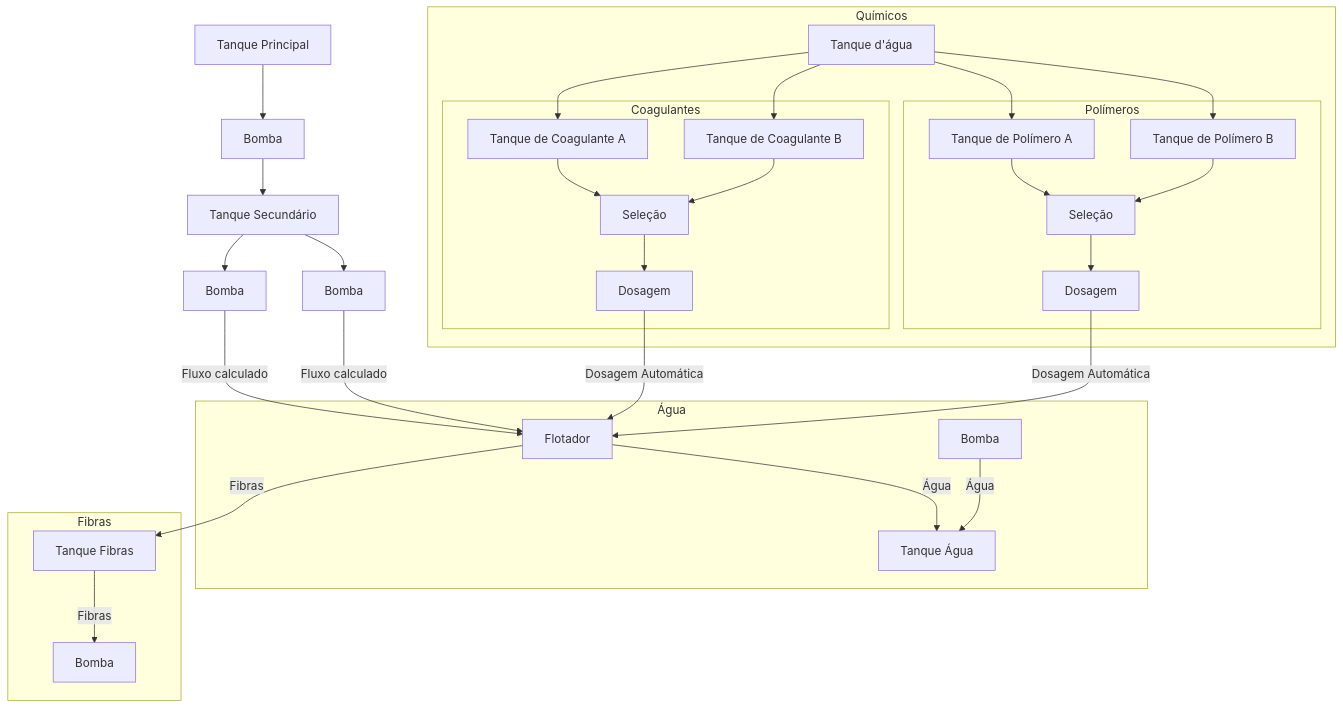
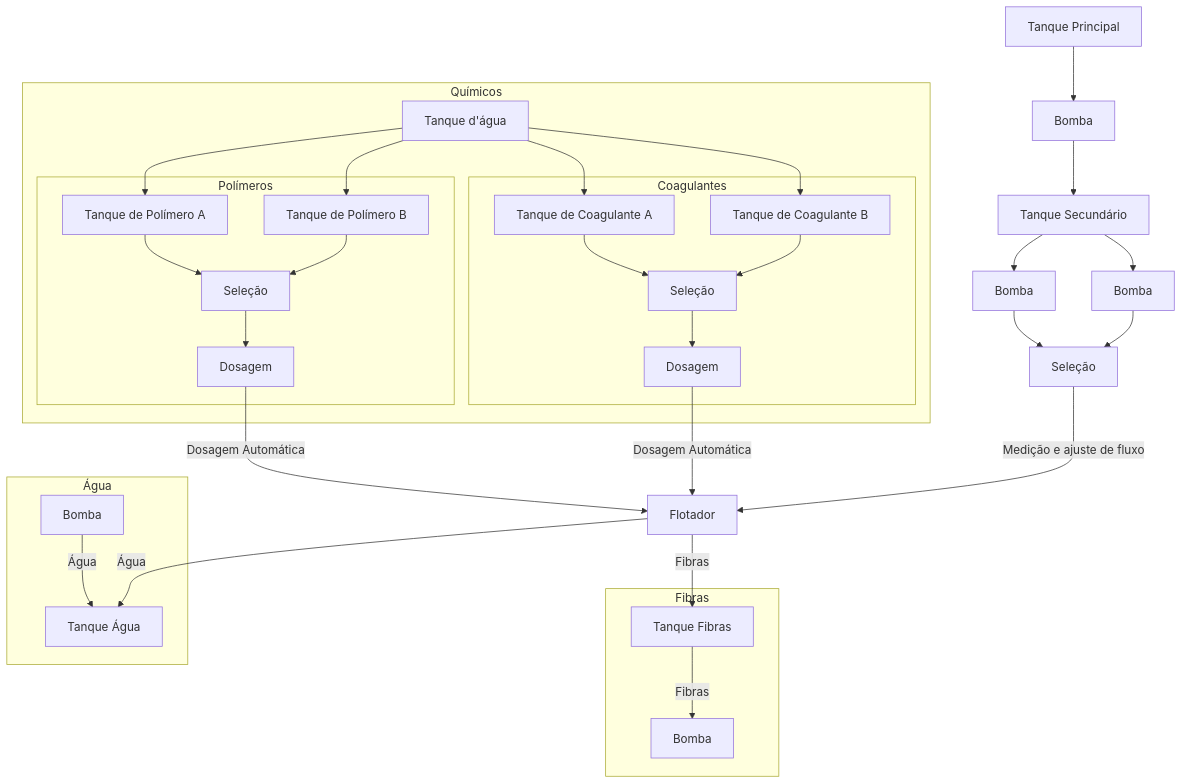
One commit to thalesfb/ind_automation changed the diagram in level_control/README.md. Above: the diagram before and after it, drawn with Mermaid. The commit also changed other lines of this file, not shown here.

Commit message:
:books: docs: Update README.md with adjustments to the level control diagram and tank connections

````diff
--- a/level_control/README.md
+++ b/level_control/README.md
@@ -35,38 +35,42 @@
 ```mermaid
 graph TD;
     TK-101[Tanque Principal] --> P-101[Bomba];
     P-101 --> TK-102[Tanque Secundário];
     TK-102 --> P-102-A[Bomba];
     TK-102 --> P-102-B[Bomba];
-    P-102-A -->|Fluxo calculado| F[Flotador];
-    P-102-B -->|Fluxo calculado| F[Flotador];
+    P-102-A -->S3[Seleção];
+    P-102-B -->S3[Seleção];
+
+    S3 -->|Medição e ajuste de fluxo| F[Flotador];
 
     P-103 -->|Dosagem Automática| F;
     P-104 -->|Dosagem Automática| F;
 
     subgraph Água
-      F -->|Água| TK-105[Tanque Água];
+      TK-105[Tanque Água];
       P-105[Bomba] -->|Água| TK-105;
     end
+    F -->|Água| TK-105;
     subgraph Fibras
-      F -->|Fibras| TK-106[Tanque Fibras];
+      TK-106[Tanque Fibras];
       TK-106 -->|Fibras| P-106[Bomba];
     end
+    F -->|Fibras| TK-106[Tanque Fibras];
 
     subgraph Químicos
       TK-201[Tanque d'água] --> TK-104-A[Tanque de Polímero A];
       TK-201 --> TK-104-B[Tanque de Polímero B];
       TK-201 --> TK-103-A[Tanque de Coagulante A];
       TK-201 --> TK-103-B[Tanque de Coagulante B];
       subgraph Polímeros
          TK-104-A --> S[Seleção];
          TK-104-B --> S[Seleção];
          S --> P-104[Dosagem];
       end
       subgraph Coagulantes
          TK-103-A --> S2[Seleção];
          TK-103-B --> S2[Seleção];
          S2 --> P-103[Dosagem];
       end
     end
 ```
````
